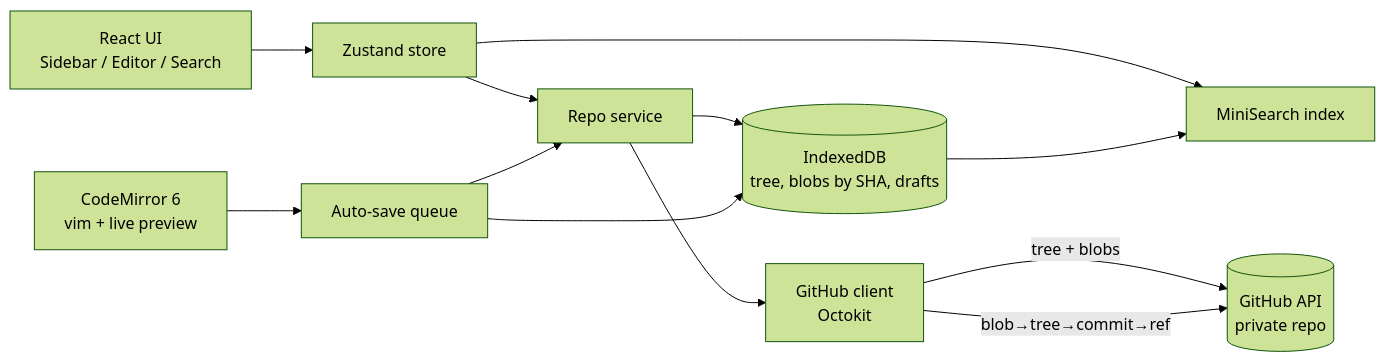
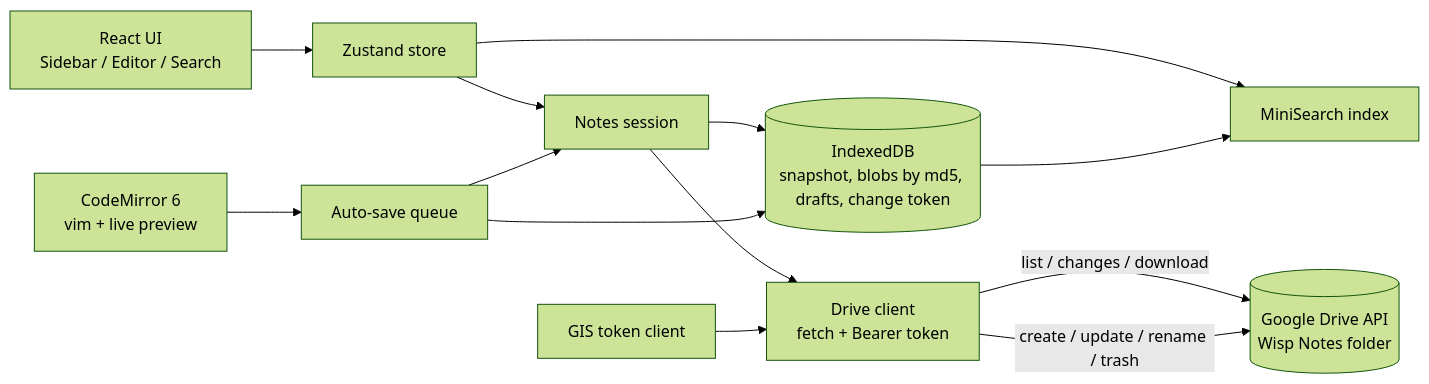
One commit to boris-yakimov/wisp-notes changed the diagram in PLAN.md. Above: the diagram before and after it, drawn with Mermaid (forest theme). The commit also changed other lines of this file and 60 other files, not shown here.

Commit message:
Replace GitHub storage with Google Drive (drive.file): Google sign-in, Drive client, incremental sync, per-file saves with conflict copies, folder import; docs incl. Google Cloud setup

````diff
--- a/PLAN.md
+++ b/PLAN.md
@@ -44,14 +71,15 @@
 ```mermaid
 flowchart LR
   UI[React UI<br/>Sidebar / Editor / Search] --> Store[Zustand store]
-  Store --> Repo[Repo service]
-  Repo --> Cache[(IndexedDB<br/>tree, blobs by SHA, drafts)]
-  Repo --> GH[GitHub client<br/>Octokit]
-  GH -->|tree + blobs| API[(GitHub API<br/>private repo)]
-  GH -->|blob→tree→commit→ref| API
+  Store --> Session[Notes session]
+  Session --> Cache[(IndexedDB<br/>snapshot, blobs by md5, drafts, change token)]
+  Session --> Drive[Drive client<br/>fetch + Bearer token]
+  Auth[GIS token client] --> Drive
+  Drive -->|list / changes / download| API[(Google Drive API<br/>Wisp Notes folder)]
+  Drive -->|create / update / rename / trash| API
   Store --> Search[MiniSearch index]
   Cache --> Search
   Editor[CodeMirror 6<br/>vim + live preview] --> Saver[Auto-save queue]
   Saver --> Cache
-  Saver --> Repo
+  Saver --> Session
 ```
````
